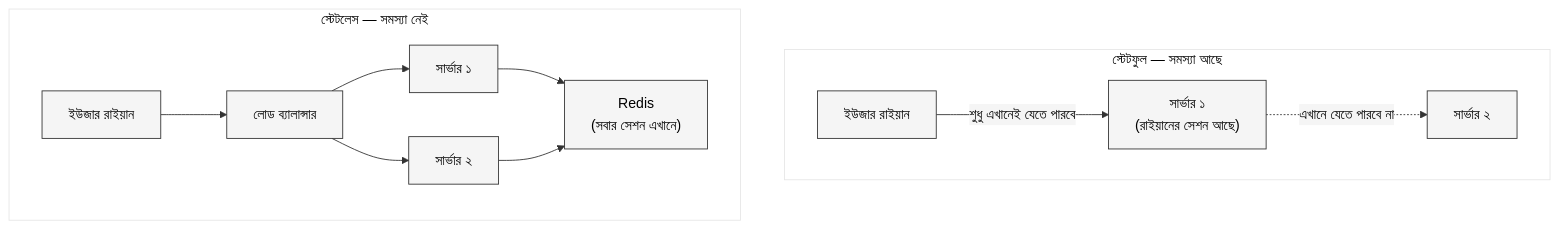
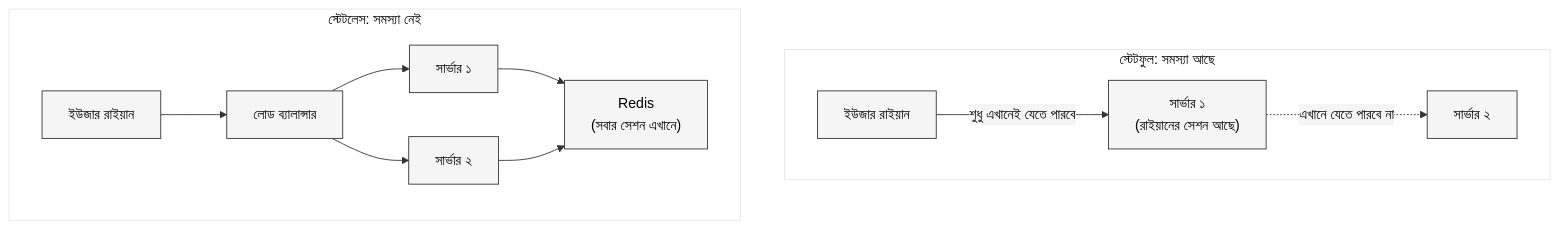
The third of 15 diagrams in system-design/scalability.md (raianul/raianul.github.io), drawn with Mermaid before and after one commit. The commit also changed other lines of this file and 3 other files, not shown here.

````diff
--- a/system-design/scalability.md
+++ b/system-design/scalability.md
@@ -146,18 +146,18 @@
 ```mermaid
 %%{init: {'theme': 'base', 'themeVariables': {'primaryColor': '#F5F5F5', 'primaryTextColor': '#000', 'primaryBorderColor': '#333', 'lineColor': '#333', 'background': '#fff'}}}%%
 graph TD
     classDef box fill:#F5F5F5,color:#000,stroke:#333
 
-    subgraph "স্টেটফুল — সমস্যা আছে"
+    subgraph "স্টেটফুল: সমস্যা আছে"
         U1["ইউজার রাইয়ান"]:::box -->|"শুধু এখানেই যেতে পারবে"| SS1["সার্ভার ১\n(রাইয়ানের সেশন আছে)"]:::box
         SS1 -.->|"এখানে যেতে পারবে না"| SS2["সার্ভার ২"]:::box
     end
 
-    subgraph "স্টেটলেস — সমস্যা নেই"
+    subgraph "স্টেটলেস: সমস্যা নেই"
         U2["ইউজার রাইয়ান"]:::box --> LB2["লোড ব্যালান্সার"]:::box
         LB2 --> TS1["সার্ভার ১"]:::box
         LB2 --> TS2["সার্ভার ২"]:::box
         TS1 --> Redis["Redis\n(সবার সেশন এখানে)"]:::box
         TS2 --> Redis
     end
 ```
````
